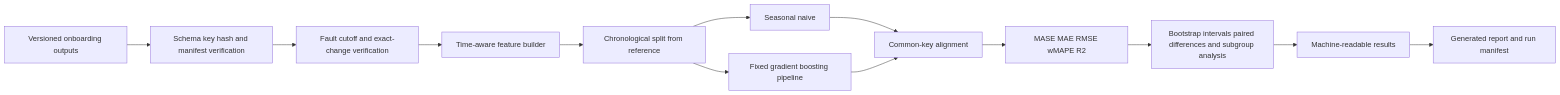
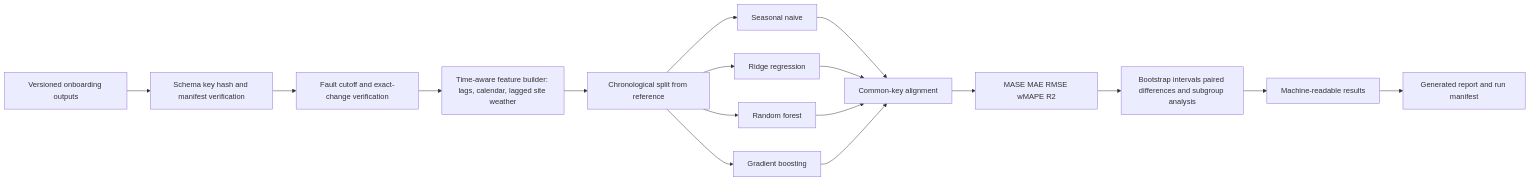
The diagram in energy-demand-forecasting/docs/architecture.md (LIANGYIXUAN3335/energy-data-onboarding-forecasting), drawn with Mermaid before and after one commit. The commit also changed other lines of this file and 63 other files, not shown here.

````diff
--- a/energy-demand-forecasting/docs/architecture.md
+++ b/energy-demand-forecasting/docs/architecture.md
@@ -3,15 +5,19 @@
 ```mermaid
 flowchart LR
     A[Versioned onboarding outputs] --> B[Schema key hash and manifest verification]
     B --> B2[Fault cutoff and exact-change verification]
-    B2 --> C[Time-aware feature builder]
+    B2 --> C[Time-aware feature builder: lags, calendar, lagged site weather]
     C --> D[Chronological split from reference]
     D --> E1[Seasonal naive]
-    D --> E2[Fixed gradient boosting pipeline]
+    D --> E2[Ridge regression]
+    D --> E3[Random forest]
+    D --> E4[Gradient boosting]
     E1 --> F[Common-key alignment]
     E2 --> F
+    E3 --> F
+    E4 --> F
     F --> G[MASE MAE RMSE wMAPE R2]
     G --> H[Bootstrap intervals paired differences and subgroup analysis]
     H --> I[Machine-readable results]
     I --> J[Generated report and run manifest]
 ```
````
